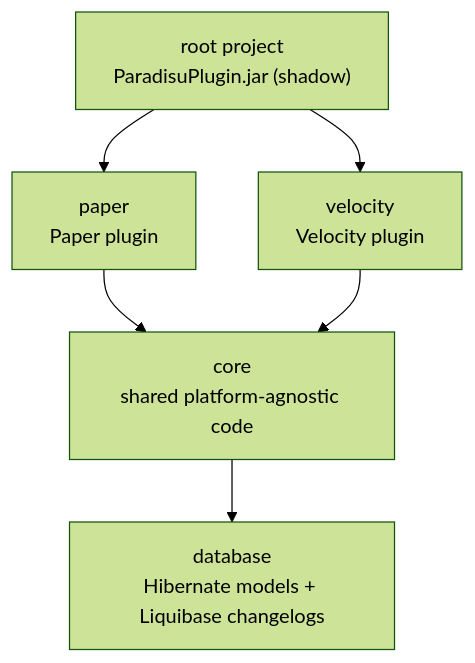
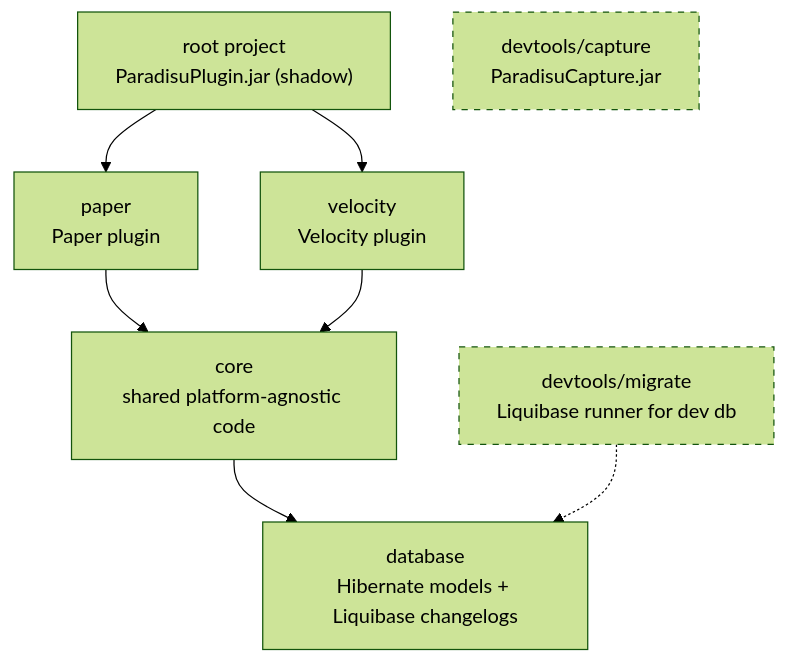
Before and after one commit to Paradisu/ParadisuPlugin: the second of 8 diagrams in CONTRIBUTING.md, drawn with Mermaid (forest theme). The commit also changed other lines of this file and 13 other files, not shown here.

````diff
--- a/CONTRIBUTING.md
+++ b/CONTRIBUTING.md
@@ -20,14 +40,19 @@
 ```mermaid
 graph TD
     root["root project<br/>ParadisuPlugin.jar (shadow)"]
     paper["paper<br/>Paper plugin"]
     velocity["velocity<br/>Velocity plugin"]
     core["core<br/>shared platform-agnostic code"]
     database["database<br/>Hibernate models + Liquibase changelogs"]
+    migrate["devtools/migrate<br/>Liquibase runner for dev db"]
+    capture["devtools/capture<br/>ParadisuCapture.jar"]
 
     root --> paper
     root --> velocity
     paper --> core
     velocity --> core
     core --> database
+    migrate -.-> database
+    classDef dev stroke-dasharray: 5 5
+    class migrate,capture dev
 ```
````
